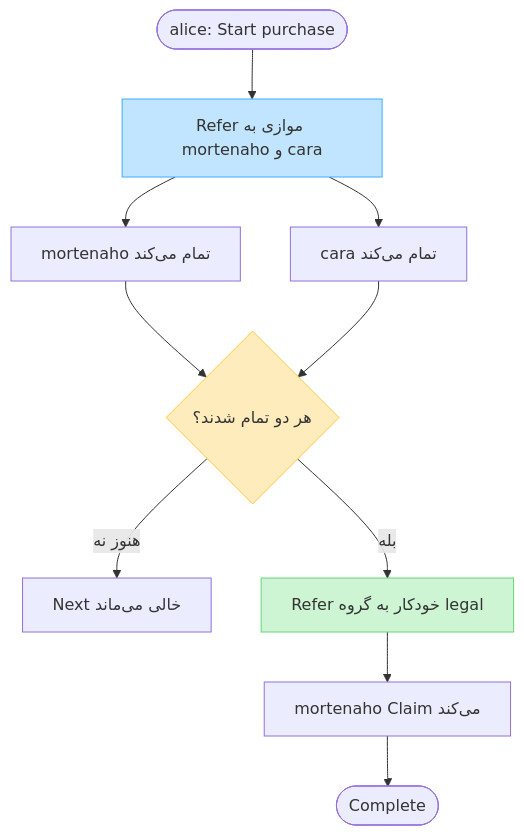
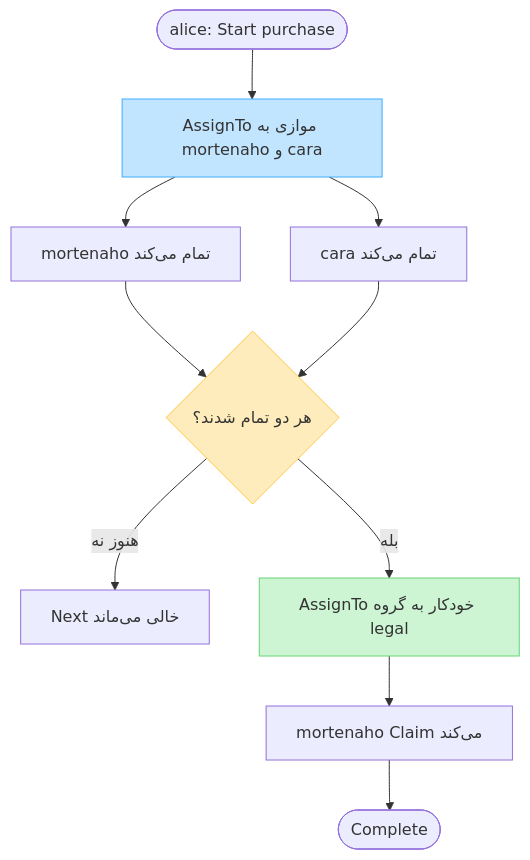
The diagram in examples/README.md (mortenaho/WorkFlowEngine), drawn with Mermaid before and after one commit. The commit also changed other lines of this file and 25 other files, not shown here.

````diff
--- a/examples/README.md
+++ b/examples/README.md
@@ -24,16 +24,16 @@
 ```mermaid
 flowchart TD
-    start([alice: Start purchase]) --> parallel["Refer موازی به mortenaho و cara"]
+    start([alice: Start purchase]) --> parallel["AssignTo موازی به mortenaho و cara"]
     parallel --> a[mortenaho تمام می‌کند]
     parallel --> b[cara تمام می‌کند]
     a --> gate{هر دو تمام شدند؟}
     b --> gate
     gate -->|"هنوز نه"| wait[Next خالی می‌ماند]
-    gate -->|"بله"| legal["Refer خودکار به گروه legal"]
+    gate -->|"بله"| legal["AssignTo خودکار به گروه legal"]
     legal --> claim[mortenaho Claim می‌کند]
     claim --> done([Complete])
 
     style parallel fill:#C2E5FF,stroke:#3DADFF
     style gate fill:#FFECBD,stroke:#FFC943
     style legal fill:#CDF4D3,stroke:#66D575
 ```
````
